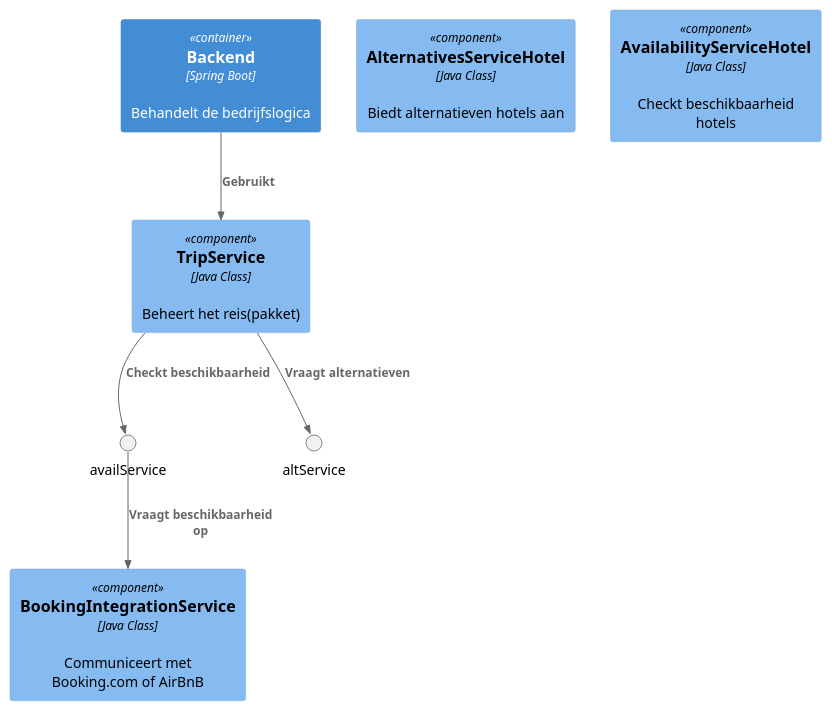
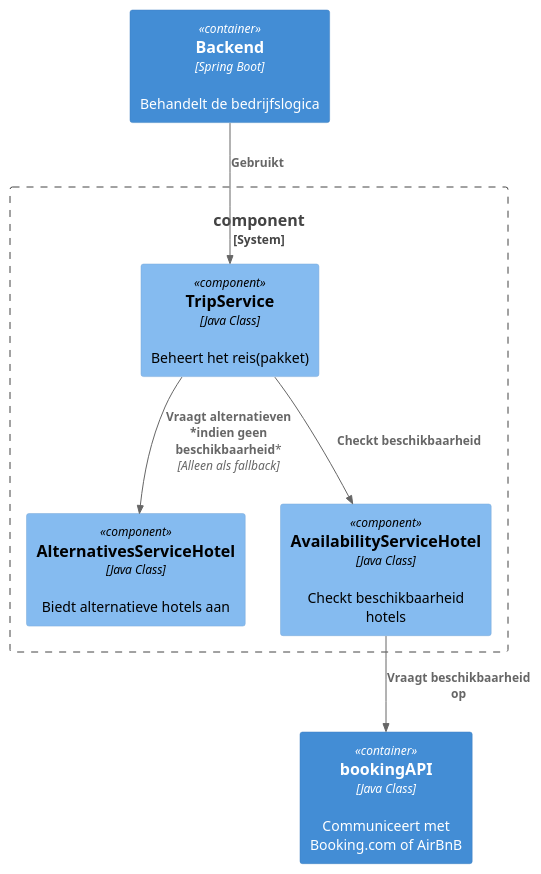
The diagram in uitwerkingenKhaled/diagram.puml (AIM-ENE-feb25/triptop-groep-6-caspar-khaled-daniel), drawn with PlantUML before and after one commit. The commit also changed other lines of this file and 1 other file, not shown here.

```diff
--- a/uitwerkingenKhaled/diagram.puml
+++ b/uitwerkingenKhaled/diagram.puml
@@ -1,16 +1,21 @@
 @startuml
+
 !includeurl https://raw.githubusercontent.com/plantuml-stdlib/C4-PlantUML/master/C4_Component.puml
 
 Container(backend, "Backend", "Spring Boot", "Behandelt de bedrijfslogica")
 
+System_Boundary(c1, "component") {
 Component(service, "TripService", "Java Class", "Beheert het reis(pakket)")
-Component(altHotelService, "AlternativesServiceHotel", "Java Class", "Biedt alternatieven hotels aan")
+Component(altHotelService, "AlternativesServiceHotel", "Java Class", "Biedt alternatieve hotels aan")
 Component(availHotelService, "AvailabilityServiceHotel", "Java Class", "Checkt beschikbaarheid hotels")
-Component(bookingAPI, "BookingIntegrationService", "Java Class", "Communiceert met Booking.com of AirBnB")
+
+}
+
+Container(bookingAPI, "bookingAPI", "Java Class", "Communiceert met Booking.com of AirBnB")
 
 Rel(backend, service, "Gebruikt")
-Rel(service, availService, "Checkt beschikbaarheid")
-Rel(availService, bookingAPI, "Vraagt beschikbaarheid op")
-Rel(service, altService, "Vraagt alternatieven")
+Rel(service, availHotelService, "Checkt beschikbaarheid")
+Rel(availHotelService, bookingAPI, "Vraagt beschikbaarheid op")
+Rel(service, altHotelService, "Vraagt alternatieven *indien geen beschikbaarheid*", "Alleen als fallback")
 
 @enduml
```
